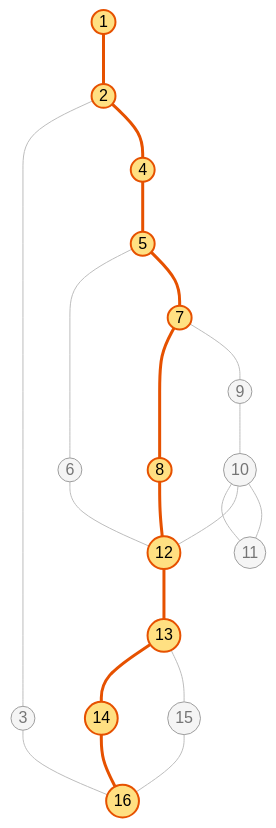
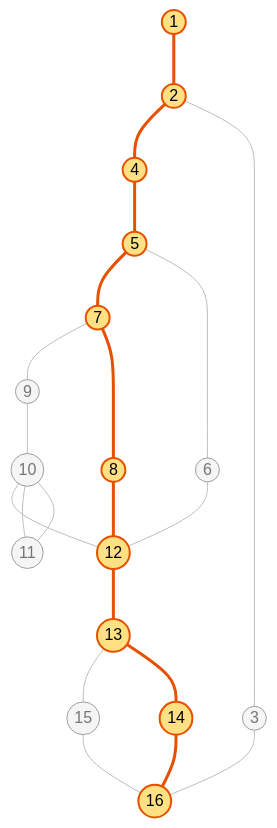
The fifth of 7 diagrams in tests/docs/caja_blanca_03_puntaje_total_usuario.md (bloedige/itdb_ctf), drawn with Mermaid before and after one commit. The commit also changed other lines of this file and 47 other files, not shown here.

````diff
--- a/tests/docs/caja_blanca_03_puntaje_total_usuario.md
+++ b/tests/docs/caja_blanca_03_puntaje_total_usuario.md
@@ -221,28 +253,28 @@
 ```mermaid
 graph TD
     n1((1)) --- n2((2))
-    n2 --- n3((3))
-    n3 --- n16((16))
     n2 --- n4((4))
     n4 --- n5((5))
-    n5 --- n6((6))
-    n6 --- n12((12))
     n5 --- n7((7))
+    n7 --- n9((9))
+    n9 --- n10((10))
+    n10 --- n12((12))
+    n12 --- n13((13))
+    n13 --- n15((15))
+    n15 --- n16((16))
+    n13 --- n14((14))
+    n14 --- n16
+    n10 --- n11((11))
+    n11 --- n10
     n7 --- n8((8))
     n8 --- n12
-    n7 --- n9((9))
-    n9 --- n10((10))
-    n10 --- n11((11))
-    n11 --- n10
-    n10 --- n12
-    n12 --- n13((13))
-    n13 --- n14((14))
-    n14 --- n16
-    n13 --- n15((15))
-    n15 --- n16
+    n5 --- n6((6))
+    n6 --- n12
+    n2 --- n3((3))
+    n3 --- n16
     classDef default fill:#f5f5f5,stroke:#9e9e9e,color:#757575
     classDef camino fill:#ffe082,stroke:#e65100,stroke-width:2px,color:#000
     class n1,n2,n4,n5,n7,n8,n12,n13,n14,n16 camino
     linkStyle default stroke:#bdbdbd,stroke-width:1px
-    linkStyle 0,3,4,7,8,9,15,16,17 stroke:#e65100,stroke-width:3px
+    linkStyle 0,1,2,3,14,15,7,10,11 stroke:#e65100,stroke-width:3px
 ```
````
